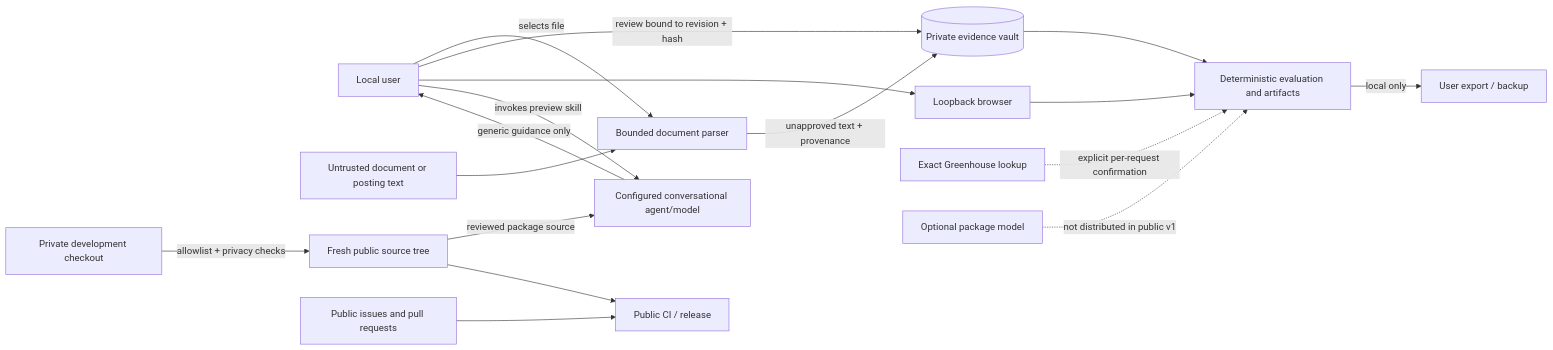
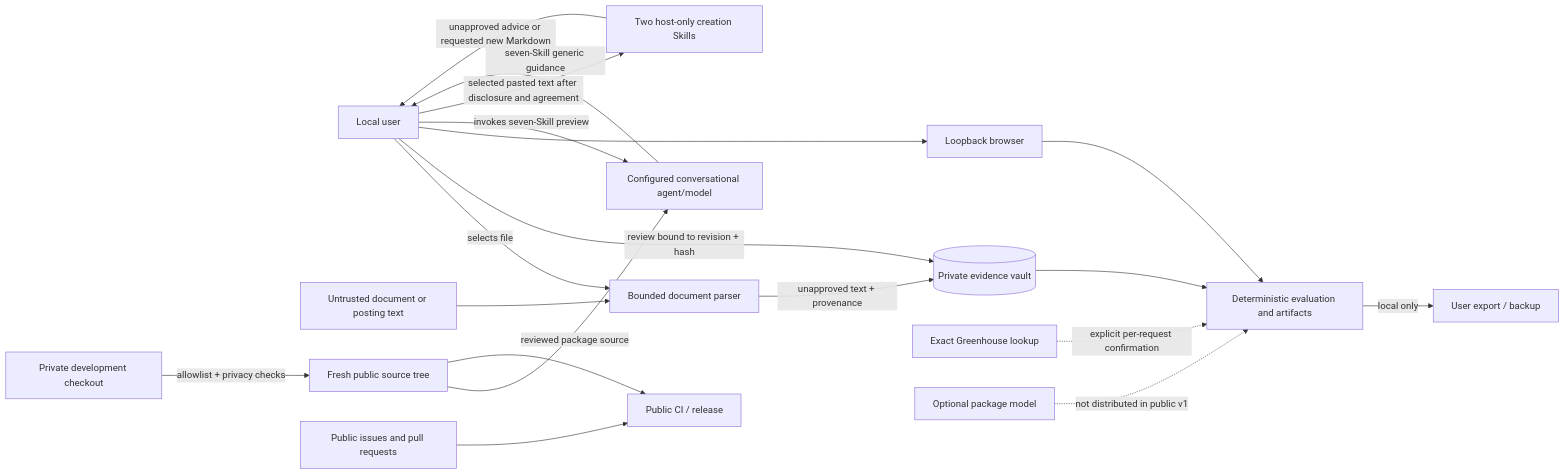
The diagram in docs/THREAT_MODEL.md (K0enna/berufa), drawn with Mermaid before and after one commit. The commit also changed other lines of this file and 1 other file, not shown here.

Commit message:
Reconcile the threat model within the approved Skills privacy scope

````diff
--- a/docs/THREAT_MODEL.md
+++ b/docs/THREAT_MODEL.md
@@ -41,19 +53,21 @@
 ```mermaid
 flowchart LR
     U[Local user] -->|selects file| P[Bounded document parser]
     D[Untrusted document or posting text] --> P
     P -->|unapproved text + provenance| V[(Private evidence vault)]
     U -->|review bound to revision + hash| V
     V --> R[Deterministic evaluation and artifacts]
     R -->|local only| X[User export / backup]
     U --> B[Loopback browser]
     B --> R
-    U -->|invokes preview skill| A[Configured conversational agent/model]
+    U -->|invokes seven-Skill preview| A[Configured conversational agent/model]
     E -->|reviewed package source| A
-    A -->|generic guidance only| U
+    A -->|seven-Skill generic guidance| U
+    U -->|selected pasted text after disclosure and agreement| H[Two host-only creation Skills]
+    H -->|unapproved advice or requested new Markdown| U
     M[Exact Greenhouse lookup] -. explicit per-request confirmation .-> R
     O[Optional package model] -. not distributed in public v1 .-> R
     S[Private development checkout] -->|allowlist + privacy checks| E[Fresh public source tree]
     E --> C[Public CI / release]
     G[Public issues and pull requests] --> C
 ```
````
